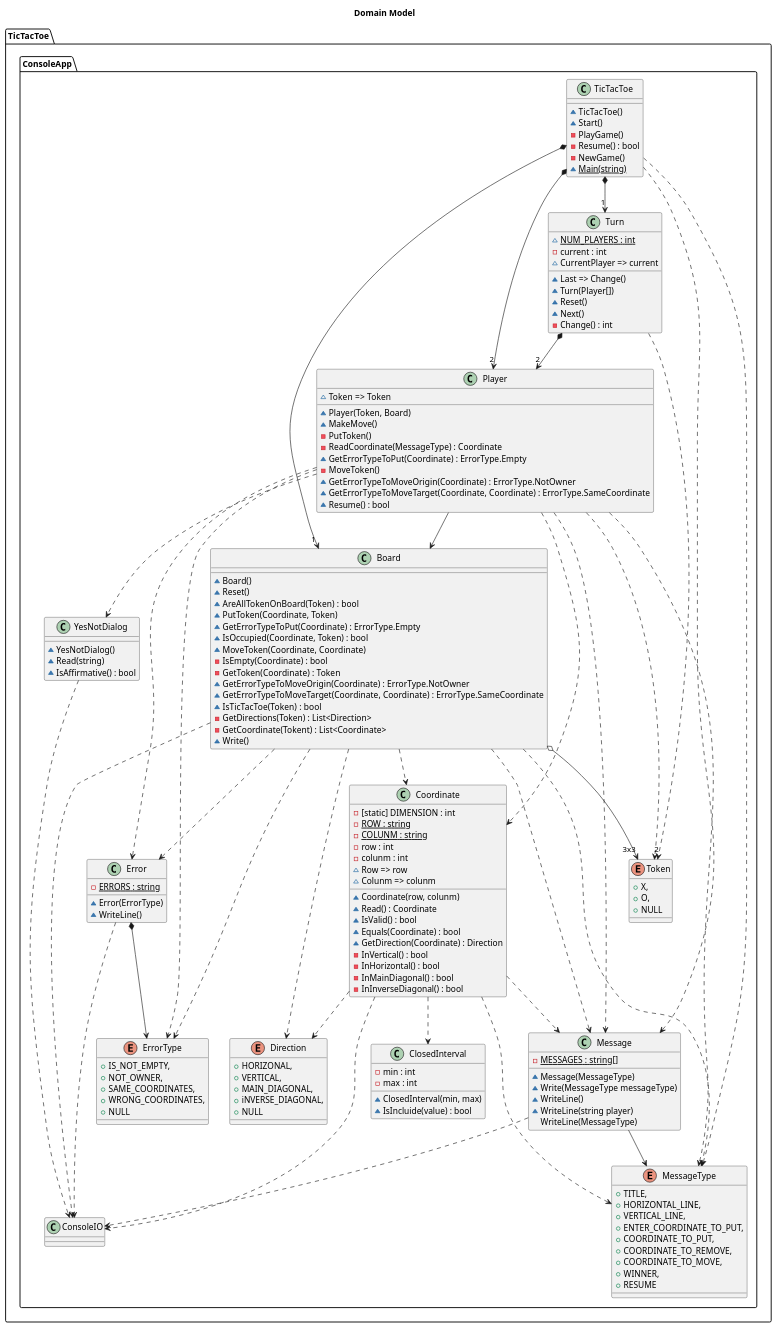
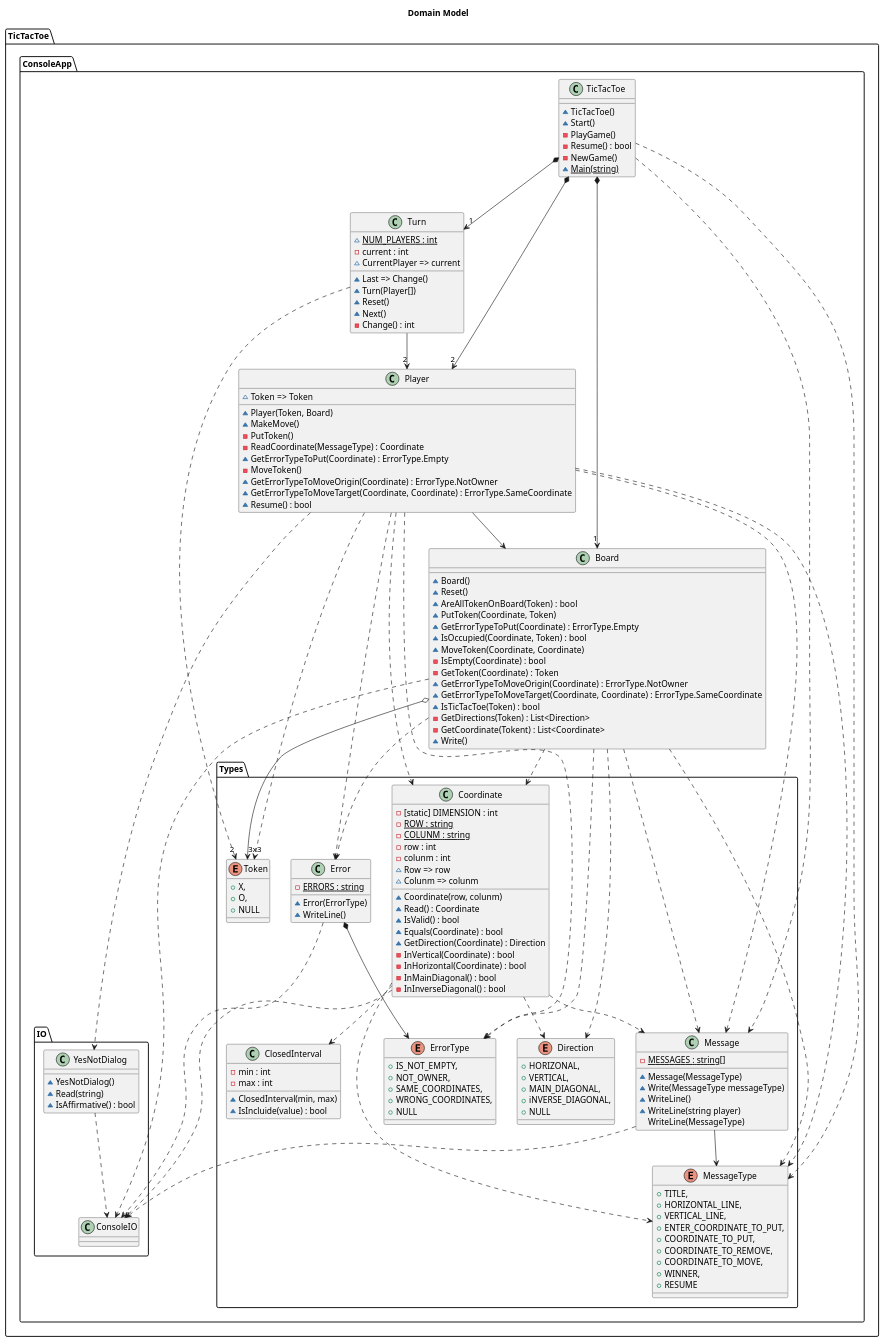
Before and after one commit to franpaulinoinfante/MasterSoftwareDevelopment: the diagram in src/TicTacToe/DomainModel/Basic/Docs/TicTacToeConsoleApp.plantuml, drawn with PlantUML. The commit also changed 8 other files, not shown here.

```diff
--- a/src/TicTacToe/DomainModel/Basic/Docs/TicTacToeConsoleApp.plantuml
+++ b/src/TicTacToe/DomainModel/Basic/Docs/TicTacToeConsoleApp.plantuml
@@ -1,170 +1,167 @@
 @startuml TicTacToeDomainModelArchitecture
 title Domain Model
-package TicTacToe{    
-    namespace TicTacToe.ConsoleApp{
+        namespace TicTacToe.ConsoleApp{
         class TicTacToe{
             ~TicTacToe()
             ~Start()
             -PlayGame()
             -Resume() : bool
             -NewGame()
             ~{static} Main(string)
         }
-        TicTacToe *--> "1" Turn
-        TicTacToe *--> "2" Player
-        TicTacToe *--> "1" Board
-        TicTacToe ..> Message
-        TicTacToe ..> MessageType            
+        TicTacToe.ConsoleApp.TicTacToe *--> "1" TicTacToe.ConsoleApp.Turn
+        TicTacToe.ConsoleApp.TicTacToe *--> "2" TicTacToe.ConsoleApp.Player
+        TicTacToe.ConsoleApp.TicTacToe *--> "1" TicTacToe.ConsoleApp.Board
+        TicTacToe.ConsoleApp.TicTacToe ..> TicTacToe.ConsoleApp.Types.Message
+        TicTacToe.ConsoleApp.TicTacToe ..> TicTacToe.ConsoleApp.Types.MessageType            
 
         class Turn{
             ~{static} NUM_PLAYERS : int
             -current : int
             ~CurrentPlayer => current
             ~Last => Change()
             ~Turn(Player[])
             ~Reset()
             ~Next()
             -Change() : int
         }
-        Turn *--> "2" Player
-        Turn ..> "2" Token
+        TicTacToe.ConsoleApp.Turn --> "2" TicTacToe.ConsoleApp.Player
+        TicTacToe.ConsoleApp.Turn ..> "2" TicTacToe.ConsoleApp.Types.Token
 
         class Player{
             ~Token => Token
             ~Player(Token, Board)
             ~MakeMove()
             -PutToken()
             -ReadCoordinate(MessageType) : Coordinate
             ~GetErrorTypeToPut(Coordinate) : ErrorType.Empty
             -MoveToken()
             ~GetErrorTypeToMoveOrigin(Coordinate) : ErrorType.NotOwner
             ~GetErrorTypeToMoveTarget(Coordinate, Coordinate) : ErrorType.SameCoordinate
             ~Resume() : bool
         }
-        Player ..> Token
-        Player --> Board
-        Player ..> Coordinate
-        Player ..> Message
-        Player ..> MessageType
-        Player ..> Error
-        Player ..> ErrorType
-        Player ..> YesNotDialog
+        TicTacToe.ConsoleApp.Player ..> TicTacToe.ConsoleApp.Types.Token
+        TicTacToe.ConsoleApp.Player --> TicTacToe.ConsoleApp.Board
+        TicTacToe.ConsoleApp.Player ..> TicTacToe.ConsoleApp.Types.Coordinate
+        TicTacToe.ConsoleApp.Player ..> TicTacToe.ConsoleApp.Types.Message
+        TicTacToe.ConsoleApp.Player ..> TicTacToe.ConsoleApp.Types.MessageType
+        TicTacToe.ConsoleApp.Player ..> TicTacToe.ConsoleApp.Types.Error
+        TicTacToe.ConsoleApp.Player ..> TicTacToe.ConsoleApp.Types.ErrorType
+        TicTacToe.ConsoleApp.Player ..> TicTacToe.ConsoleApp.IO.YesNotDialog
 
         class Board{
             ~Board()
             ~Reset()
             ~AreAllTokenOnBoard(Token) : bool
             ~PutToken(Coordinate, Token)
             ~GetErrorTypeToPut(Coordinate) : ErrorType.Empty
             ~IsOccupied(Coordinate, Token) : bool
             ~MoveToken(Coordinate, Coordinate)
             -IsEmpty(Coordinate) : bool
             -GetToken(Coordinate) : Token
             ~GetErrorTypeToMoveOrigin(Coordinate) : ErrorType.NotOwner
             ~GetErrorTypeToMoveTarget(Coordinate, Coordinate) : ErrorType.SameCoordinate
             ~IsTicTacToe(Token) : bool
             -GetDirections(Token) : List<Direction>
             -GetCoordinate(Tokent) : List<Coordinate>
             ~Write()
         }
-        Board o--> "3x3" Token
-        Board ..> Coordinate
-        Board ..> Direction
-        Board ..> Message
-        Board ..> MessageType
-        Board ..> Error
-        Board ..> ErrorType
-        Board ..> ConsoleIO
+        TicTacToe.ConsoleApp.Board o--> "3x3" TicTacToe.ConsoleApp.Types.Token
+        TicTacToe.ConsoleApp.Board ..> TicTacToe.ConsoleApp.Types.Coordinate
+        TicTacToe.ConsoleApp.Board ..> TicTacToe.ConsoleApp.Types.Direction
+        TicTacToe.ConsoleApp.Board ..> TicTacToe.ConsoleApp.Types.Message
+        TicTacToe.ConsoleApp.Board ..> TicTacToe.ConsoleApp.Types.MessageType
+        TicTacToe.ConsoleApp.Board ..> TicTacToe.ConsoleApp.Types.Error
+        TicTacToe.ConsoleApp.Board ..> TicTacToe.ConsoleApp.Types.ErrorType
+        TicTacToe.ConsoleApp.Board ..> TicTacToe.ConsoleApp.IO.ConsoleIO
 
-        class Coordinate{
+        class TicTacToe.ConsoleApp.Types.Coordinate{
             -[static] DIMENSION : int
             -{static} ROW : string
             -{static} COLUNM : string
             -row : int
             -colunm : int
             ~Row => row
             ~Colunm => colunm
             ~Coordinate(row, colunm)
             ~Read() : Coordinate
             ~IsValid() : bool
             ~Equals(Coordinate) : bool
             ~GetDirection(Coordinate) : Direction
-            -InVertical() : bool
-            -InHorizontal() : bool
+            -InVertical(Coordinate) : bool
+            -InHorizontal(Coordinate) : bool
             -InMainDiagonal() : bool
             -InInverseDiagonal() : bool
         }
-        Coordinate ..> ClosedInterval
-        Coordinate ..> ConsoleIO
-        Coordinate ..> Direction
-        Coordinate ..> Message
-        Coordinate ..> MessageType
+        TicTacToe.ConsoleApp.Types.Coordinate ..> TicTacToe.ConsoleApp.Types.ClosedInterval
+        TicTacToe.ConsoleApp.Types.Coordinate ..> TicTacToe.ConsoleApp.IO.ConsoleIO
+        TicTacToe.ConsoleApp.Types.Coordinate ..> TicTacToe.ConsoleApp.Types.Direction
+        TicTacToe.ConsoleApp.Types.Coordinate ..> TicTacToe.ConsoleApp.Types.Message
+        TicTacToe.ConsoleApp.Types.Coordinate ..> TicTacToe.ConsoleApp.Types.MessageType
 
-        class ClosedInterval{
+        class TicTacToe.ConsoleApp.Types.ClosedInterval{
             -min : int
             -max : int
             ~ClosedInterval(min, max)
             ~IsIncluide(value) : bool
         }
-        class Message{
+        class TicTacToe.ConsoleApp.Types.Message{
             -{static} MESSAGES : string[]
             ~Message(MessageType)
             ~Write(MessageType messageType)
             ~WriteLine()
             ~WriteLine(string player)
             WriteLine(MessageType)
         }
-        Message --> MessageType
-        Message ..> ConsoleIO
+        TicTacToe.ConsoleApp.Types.Message --> TicTacToe.ConsoleApp.Types.MessageType
+        TicTacToe.ConsoleApp.Types.Message ..> TicTacToe.ConsoleApp.IO.ConsoleIO
 
-        enum MessageType{
+        enum TicTacToe.ConsoleApp.Types.MessageType{
             +TITLE,
             +HORIZONTAL_LINE,
             +VERTICAL_LINE,
             +ENTER_COORDINATE_TO_PUT,
             +COORDINATE_TO_PUT,
             +COORDINATE_TO_REMOVE,
             +COORDINATE_TO_MOVE,
             +WINNER,
             +RESUME
         }
-        class YesNotDialog{
+        class TicTacToe.ConsoleApp.IO.YesNotDialog{
             ~YesNotDialog()
             ~Read(string)
             ~IsAffirmative() : bool
         }
-        YesNotDialog ..> ConsoleIO
+        TicTacToe.ConsoleApp.IO.YesNotDialog ..> TicTacToe.ConsoleApp.IO.ConsoleIO
 
-        enum Direction{
+        enum TicTacToe.ConsoleApp.Types.Direction{
             +HORIZONAL,
             +VERTICAL,
             +MAIN_DIAGONAL,
             +iNVERSE_DIAGONAL,
             +NULL
         }
 
-        enum Token{
+        enum TicTacToe.ConsoleApp.Types.Token{
             +X,
             +O,
             +NULL
         }
         
-        class Error{
+        class TicTacToe.ConsoleApp.Types.Error{
             -{static} ERRORS : string
             ~Error(ErrorType)
             ~WriteLine()
         }
-        Error *--> ErrorType
-        Error ..> ConsoleIO
+        TicTacToe.ConsoleApp.Types.Error *--> TicTacToe.ConsoleApp.Types.ErrorType
+        TicTacToe.ConsoleApp.Types.Error ..> TicTacToe.ConsoleApp.IO.ConsoleIO
 
-        enum ErrorType{
+        enum TicTacToe.ConsoleApp.Types.ErrorType{
             +IS_NOT_EMPTY,
             +NOT_OWNER,
             +SAME_COORDINATES,
             +WRONG_COORDINATES,
             +NULL
         }
     }
-}
-
 @enduml
```
